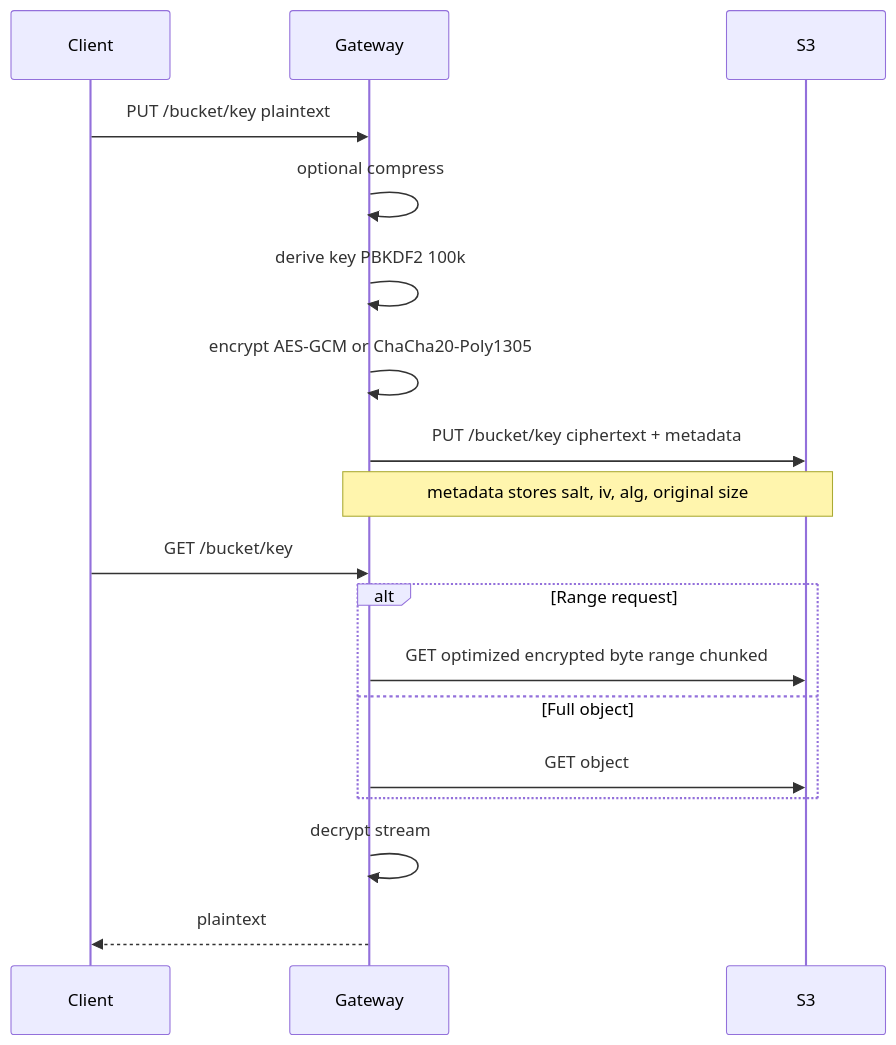
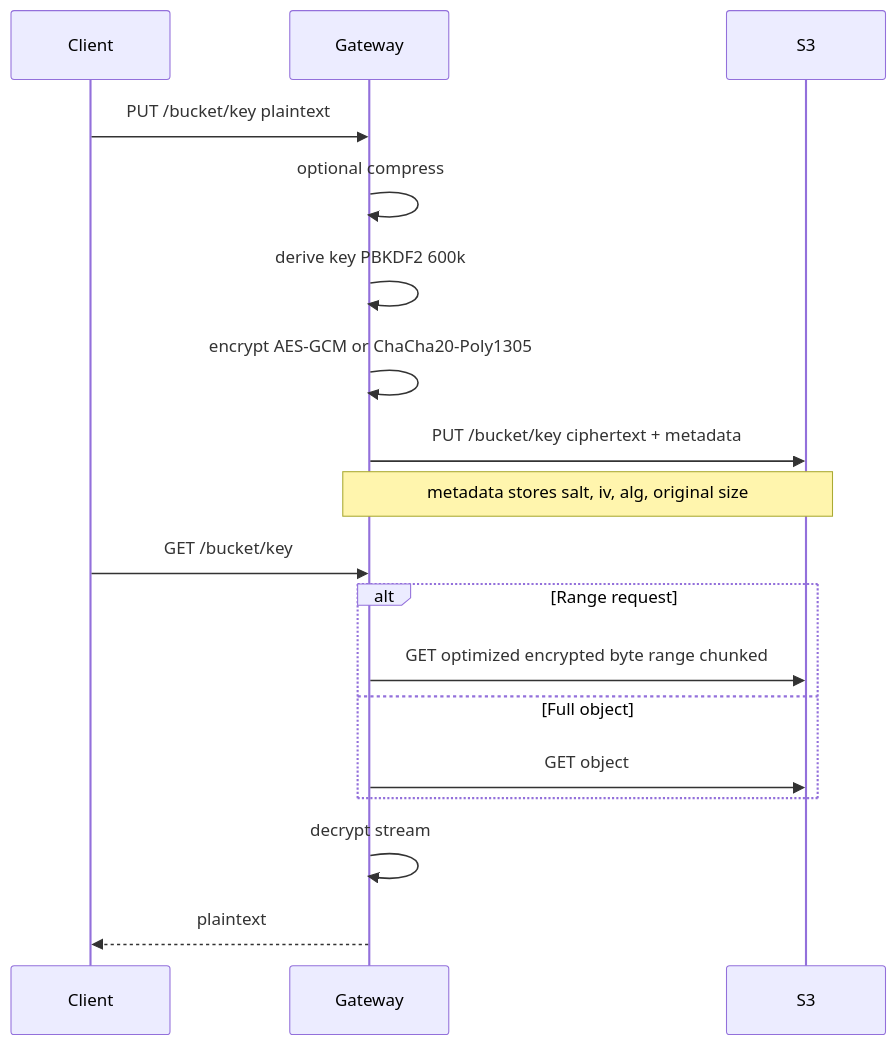
The second of 2 diagrams in README.md (kenchrcum/s3-encryption-gateway), drawn with Mermaid before and after one commit. The commit also changed other lines of this file, not shown here.

````diff
--- a/README.md
+++ b/README.md
@@ -586,20 +597,20 @@
 ```mermaid
 sequenceDiagram
   participant Client
   participant Gateway
   participant S3
   Client->>Gateway: PUT /bucket/key plaintext
   Gateway->>Gateway: optional compress
-  Gateway->>Gateway: derive key PBKDF2 100k
+  Gateway->>Gateway: derive key PBKDF2 600k
   Gateway->>Gateway: encrypt AES-GCM or ChaCha20-Poly1305
   Gateway->>S3: PUT /bucket/key ciphertext + metadata
   Note over Gateway,S3: metadata stores salt, iv, alg, original size
   Client->>Gateway: GET /bucket/key
   alt Range request
     Gateway->>S3: GET optimized encrypted byte range chunked
   else Full object
     Gateway->>S3: GET object
   end
   Gateway->>Gateway: decrypt stream
   Gateway-->>Client: plaintext
 ```
````
